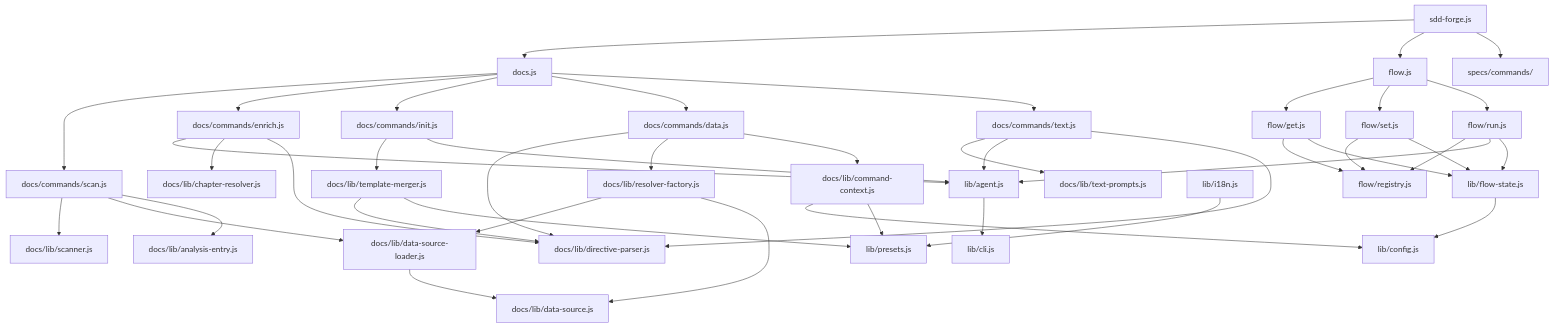
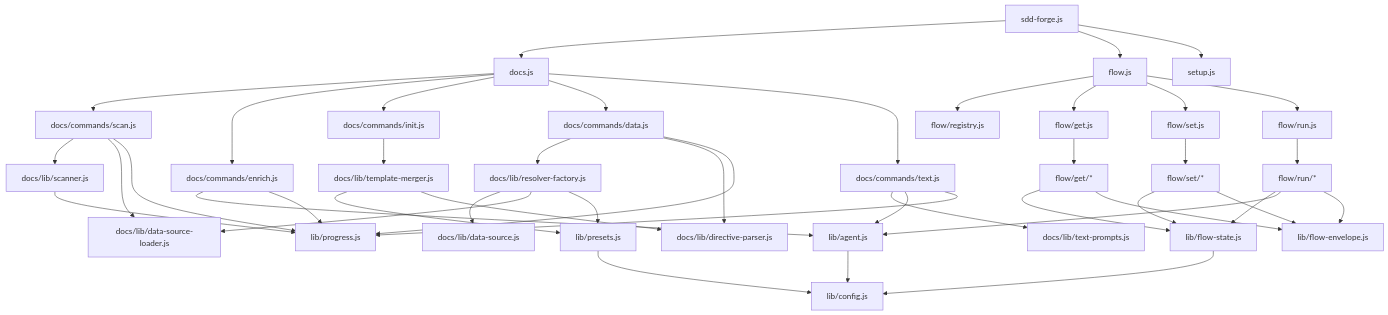
Before and after one commit to SpreadWorks/sdd-forge: the diagram in docs/internal_design.md, drawn with Mermaid. The commit also changed other lines of this file and 9 other files, not shown here.

````diff
--- a/docs/internal_design.md
+++ b/docs/internal_design.md
@@ -121,55 +126,54 @@
 ```mermaid
 graph TD
-    Entry["sdd-forge.js"] --> DocsJS["docs.js"]
-    Entry --> FlowJS["flow.js"]
-    Entry --> SpecsCmds["specs/commands/"]
+    SDD[sdd-forge.js] --> DOCS[docs.js]
+    SDD --> FLOW[flow.js]
+    SDD --> SETUP[setup.js]
 
-    DocsJS --> scan["docs/commands/scan.js"]
-    DocsJS --> enrich["docs/commands/enrich.js"]
-    DocsJS --> init["docs/commands/init.js"]
-    DocsJS --> data["docs/commands/data.js"]
-    DocsJS --> text["docs/commands/text.js"]
+    DOCS --> DC_SCAN[docs/commands/scan.js]
+    DOCS --> DC_ENRICH[docs/commands/enrich.js]
+    DOCS --> DC_INIT[docs/commands/init.js]
+    DOCS --> DC_DATA[docs/commands/data.js]
+    DOCS --> DC_TEXT[docs/commands/text.js]
 
-    scan --> scanner["docs/lib/scanner.js"]
-    scan --> dsLoader["docs/lib/data-source-loader.js"]
-    scan --> analysisEntry["docs/lib/analysis-entry.js"]
+    DC_SCAN --> DL_SCANNER[docs/lib/scanner.js]
+    DC_SCAN --> DL_DSL[docs/lib/data-source-loader.js]
+    DC_ENRICH --> LIB_AGENT[lib/agent.js]
+    DC_INIT --> DL_TM[docs/lib/template-merger.js]
+    DC_DATA --> DL_RF[docs/lib/resolver-factory.js]
+    DC_DATA --> DL_DP[docs/lib/directive-parser.js]
+    DC_TEXT --> DL_TP[docs/lib/text-prompts.js]
+    DC_TEXT --> LIB_AGENT
 
-    enrich --> agent["lib/agent.js"]
-    enrich --> chapterResolver["docs/lib/chapter-resolver.js"]
-    enrich --> directiveParser["docs/lib/directive-parser.js"]
+    DL_RF --> DL_DS[docs/lib/data-source.js]
+    DL_RF --> DL_DSL
+    DL_RF --> LIB_PRESETS[lib/presets.js]
+    DL_TM --> LIB_PRESETS
+    DL_TM --> DL_DP
 
-    init --> templateMerger["docs/lib/template-merger.js"]
-    init --> agent
+    FLOW --> FR[flow/registry.js]
+    FLOW --> FG[flow/get.js]
+    FLOW --> FS[flow/set.js]
+    FLOW --> FRN[flow/run.js]
 
-    data --> directiveParser
-    data --> resolverFactory["docs/lib/resolver-factory.js"]
-    data --> commandCtx["docs/lib/command-context.js"]
+    FG --> FGC[flow/get/*]
+    FS --> FSC[flow/set/*]
+    FRN --> FRNC[flow/run/*]
 
-    text --> textPrompts["docs/lib/text-prompts.js"]
-    text --> agent
-    text --> directiveParser
+    FGC --> LIB_FST[lib/flow-state.js]
+    FGC --> LIB_FE[lib/flow-envelope.js]
+    FSC --> LIB_FST
+    FSC --> LIB_FE
+    FRNC --> LIB_FST
+    FRNC --> LIB_AGENT
+    FRNC --> LIB_FE
 
-    resolverFactory --> dsLoader
-    resolverFactory --> DataSource["docs/lib/data-source.js"]
-    dsLoader --> DataSource
-    templateMerger --> directiveParser
-    templateMerger --> presets["lib/presets.js"]
+    LIB_FST --> LIB_CFG[lib/config.js]
+    LIB_AGENT --> LIB_CFG
+    LIB_PRESETS --> LIB_CFG
+    DL_SCANNER --> LIB_PRG[lib/progress.js]
 
-    FlowJS --> flowGet["flow/get.js"]
-    FlowJS --> flowSet["flow/set.js"]
-    FlowJS --> flowRun["flow/run.js"]
-    flowGet --> registry["flow/registry.js"]
-    flowSet --> registry
-    flowRun --> registry
-
-    flowGet --> flowState["lib/flow-state.js"]
-    flowSet --> flowState
-    flowRun --> agent
-    flowRun --> flowState
-
-    agent --> cli["lib/cli.js"]
-    flowState --> config["lib/config.js"]
-    i18n["lib/i18n.js"] --> presets
-    commandCtx --> config
-    commandCtx --> presets
+    DC_SCAN --> LIB_PRG
+    DC_ENRICH --> LIB_PRG
+    DC_DATA --> LIB_PRG
+    DC_TEXT --> LIB_PRG
 ```
````
